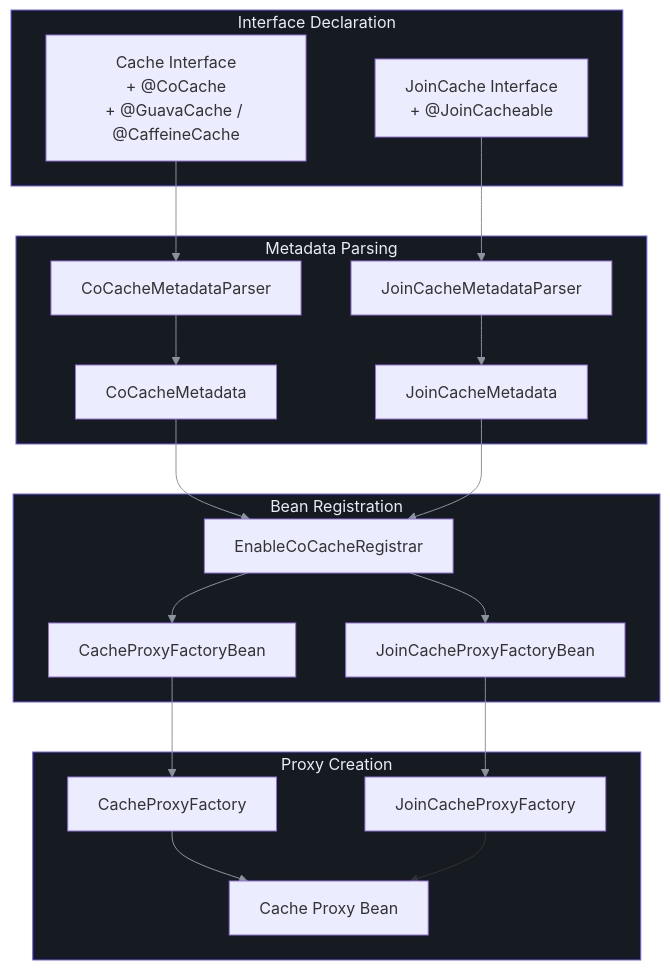
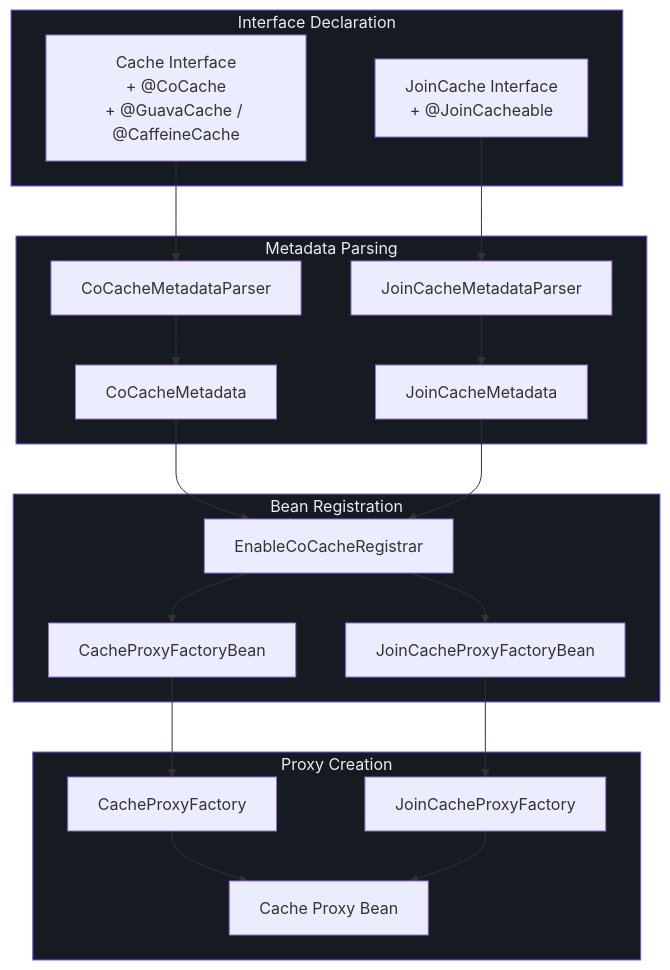
Before and after one commit to Ahoo-Wang/CoCache: the third of 3 diagrams in wiki/api/annotations.md, drawn with Mermaid. The commit also changed 4 other files, not shown here.

First line of the commit message:
fix(wiki): remove all numbered linkStyle directives from mermaid diagrams

````diff
--- a/wiki/api/annotations.md
+++ b/wiki/api/annotations.md
@@ -277,55 +277,44 @@
 ```mermaid
 graph TB
     subgraph Declaration["Interface Declaration"]
         style Declaration fill:#161b22,stroke:#6d5dfc,color:#e6edf3
         CI["Cache Interface<br>+ @CoCache<br>+ @GuavaCache / @CaffeineCache"]
         JCI["JoinCache Interface<br>+ @JoinCacheable"]
     end
 
     subgraph Parsing["Metadata Parsing"]
         style Parsing fill:#161b22,stroke:#6d5dfc,color:#e6edf3
         CMP["CoCacheMetadataParser"]
         JCMP["JoinCacheMetadataParser"]
         CMD["CoCacheMetadata"]
         JCMD["JoinCacheMetadata"]
     end
 
     subgraph Registration["Bean Registration"]
         style Registration fill:#161b22,stroke:#6d5dfc,color:#e6edf3
         REG["EnableCoCacheRegistrar"]
         CPFB["CacheProxyFactoryBean"]
         JCPFB["JoinCacheProxyFactoryBean"]
     end
 
     subgraph Factory["Proxy Creation"]
         style Factory fill:#161b22,stroke:#6d5dfc,color:#e6edf3
         CPF["CacheProxyFactory"]
         JCPF["JoinCacheProxyFactory"]
         PROXY["Cache Proxy Bean"]
     end
 
     CI --> CMP
     JCI --> JCMP
     CMP --> CMD
     JCMP --> JCMD
     CMD --> REG
     JCMD --> REG
     REG --> CPFB
     REG --> JCPFB
     CPFB --> CPF
     JCPFB --> JCPF
     CPF --> PROXY
     JCPF --> PROXY
 
-    linkStyle 0 stroke:#8b949e
-    linkStyle 1 stroke:#8b949e
-    linkStyle 2 stroke:#8b949e
-    linkStyle 3 stroke:#8b949e
-    linkStyle 4 stroke:#8b949e
-    linkStyle 5 stroke:#8b949e
-    linkStyle 6 stroke:#8b949e
-    linkStyle 7 stroke:#8b949e
-    linkStyle 8 stroke:#8b949e
-    linkStyle 9 stroke:#8b949e
-    linkStyle 10 stroke:#8b949e
 ```
````
